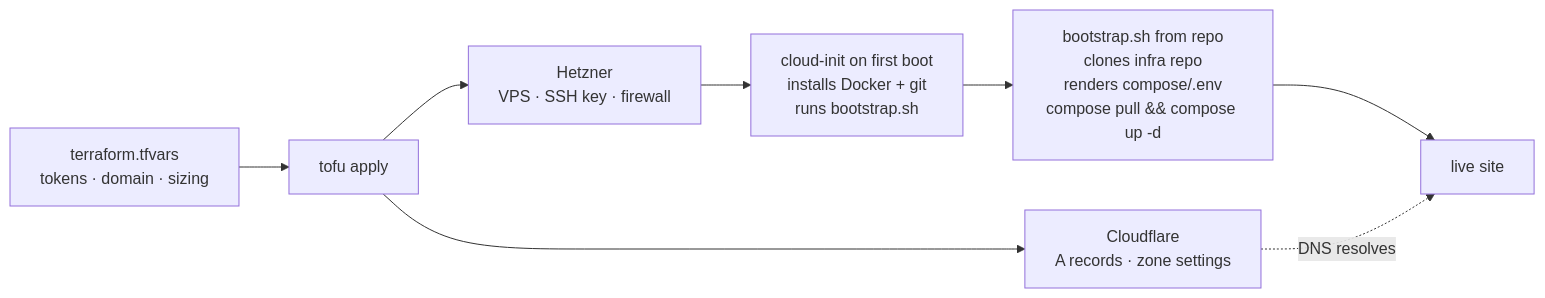
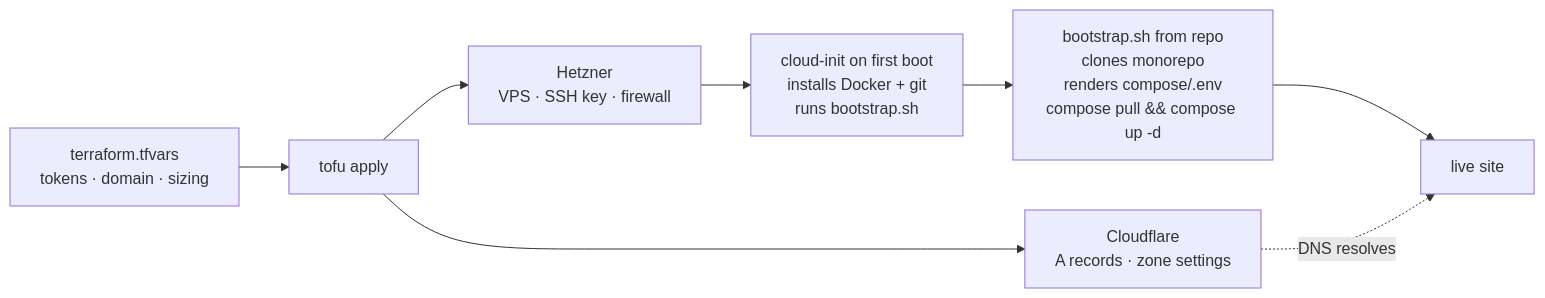
One commit to boringstack-xyz/boringstack changed the diagram in apps/docs/src/content/docs/topics/provisioning-with-tofu.mdx. Above: the diagram before and after it, drawn with Mermaid. The commit also changed other lines of this file and 122 other files, not shown here.

````diff
--- a/apps/docs/src/content/docs/topics/provisioning-with-tofu.mdx
+++ b/apps/docs/src/content/docs/topics/provisioning-with-tofu.mdx
@@ -41,15 +41,15 @@
 ```mermaid
 flowchart LR
   tfvars["terraform.tfvars<br/>tokens · domain · sizing"]
   apply["tofu apply"]
   hetz["Hetzner<br/>VPS · SSH key · firewall"]
   cf["Cloudflare<br/>A records · zone settings"]
   init["cloud-init on first boot<br/>installs Docker + git<br/>runs bootstrap.sh"]
-  script["bootstrap.sh from repo<br/>clones infra repo<br/>renders compose/.env<br/>compose pull && compose up -d"]
+  script["bootstrap.sh from repo<br/>clones monorepo<br/>renders compose/.env<br/>compose pull && compose up -d"]
   live["live site"]
   tfvars --> apply
   apply --> hetz
   apply --> cf
   hetz --> init --> script --> live
   cf -.->|DNS resolves| live
 ```
````
